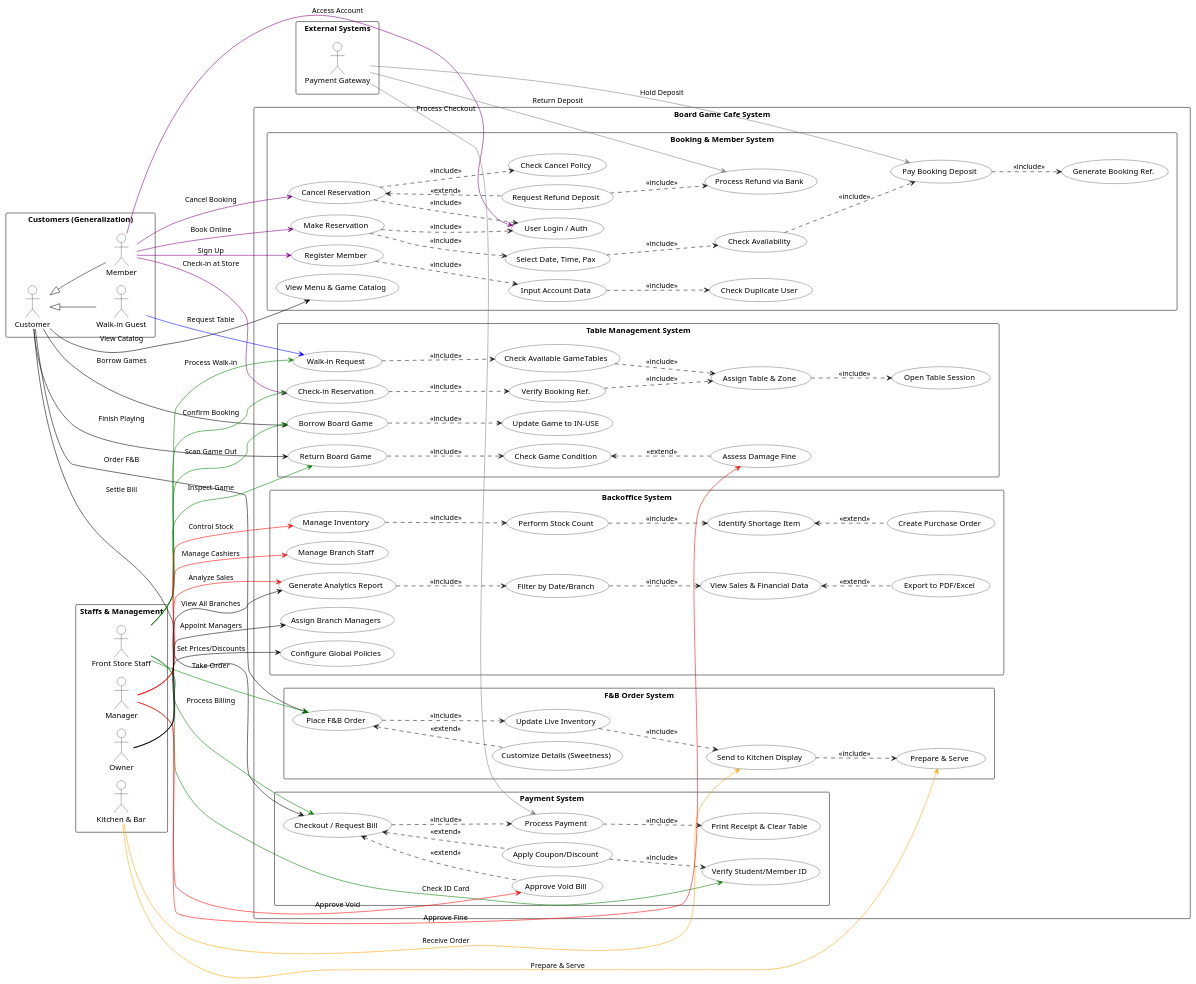
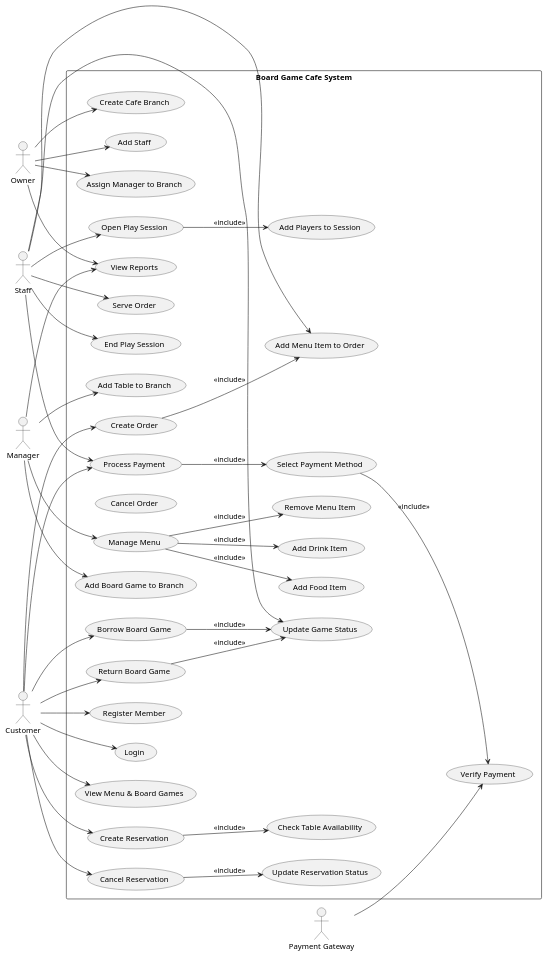
One commit to hii-nice-2-meet-u/OOP_Project changed the diagram in _UseCase_Diagram.plantuml. Above: the diagram before and after it, drawn with PlantUML. The commit also changed 1 other file, not shown here.

```diff
--- a/_UseCase_Diagram.plantuml
+++ b/_UseCase_Diagram.plantuml
@@ -1,207 +1,150 @@
 @startuml
 left to right direction
 skinparam packageStyle rectangle
-skinparam nodesep 15
-skinparam ranksep 60
 
-' Visual styling
-skinparam usecase {
-    BackgroundColor White
-    BorderColor Black
-}
-skinparam actor {
-    BackgroundColor White
-    BorderColor Black
+actor Owner
+actor Manager
+actor Staff
+actor Customer
+actor "Payment Gateway" as Bank
+
+rectangle "Board Game Cafe System" {
+
+' ===============================
+' MEMBER & AUTH
+' ===============================
+
+usecase "Register Member" as UC_Register
+usecase "Login" as UC_Login
+usecase "View Menu & Board Games" as UC_ViewCatalog
+
+Customer --> UC_Register
+Customer --> UC_Login
+Customer --> UC_ViewCatalog
+
+
+' ===============================
+' RESERVATION SYSTEM
+' ===============================
+
+usecase "Create Reservation" as UC_CreateRes
+usecase "Update Reservation Status" as UC_UpdateRes
+usecase "Cancel Reservation" as UC_CancelRes
+usecase "Check Table Availability" as UC_CheckTable
+
+Customer --> UC_CreateRes
+Customer --> UC_CancelRes
+
+UC_CreateRes --> UC_CheckTable : <<include>>
+UC_CancelRes --> UC_UpdateRes : <<include>>
+
+
+' ===============================
+' PLAY SESSION
+' ===============================
+
+usecase "Open Play Session" as UC_OpenSession
+usecase "Add Players to Session" as UC_AddPlayer
+usecase "End Play Session" as UC_EndSession
+
+Staff --> UC_OpenSession
+Staff --> UC_EndSession
+
+UC_OpenSession --> UC_AddPlayer : <<include>>
+
+
+' ===============================
+' BOARD GAME MANAGEMENT
+' ===============================
+
+usecase "Borrow Board Game" as UC_BorrowGame
+usecase "Return Board Game" as UC_ReturnGame
+usecase "Update Game Status" as UC_UpdateGame
+
+Customer --> UC_BorrowGame
+Customer --> UC_ReturnGame
+
+Staff --> UC_UpdateGame
+
+UC_BorrowGame --> UC_UpdateGame : <<include>>
+UC_ReturnGame --> UC_UpdateGame : <<include>>
+
+
+' ===============================
+' FOOD & DRINK ORDER
+' ===============================
+
+usecase "Create Order" as UC_CreateOrder
+usecase "Add Menu Item to Order" as UC_AddItem
+usecase "Cancel Order" as UC_CancelOrder
+usecase "Serve Order" as UC_ServeOrder
+
+Customer --> UC_CreateOrder
+Staff --> UC_AddItem
+Staff --> UC_ServeOrder
+
+UC_CreateOrder --> UC_AddItem : <<include>>
+
+
+' ===============================
+' PAYMENT
+' ===============================
+
+usecase "Process Payment" as UC_Payment
+usecase "Select Payment Method" as UC_SelectMethod
+usecase "Verify Payment" as UC_VerifyPay
+
+Customer --> UC_Payment
+Staff --> UC_Payment
+
+UC_Payment --> UC_SelectMethod : <<include>>
+UC_SelectMethod --> UC_VerifyPay : <<include>>
+
+Bank --> UC_VerifyPay
+
+
+' ===============================
+' MENU & INVENTORY
+' ===============================
+
+usecase "Manage Menu" as UC_ManageMenu
+usecase "Add Food Item" as UC_AddFood
+usecase "Add Drink Item" as UC_AddDrink
+usecase "Remove Menu Item" as UC_RemoveMenu
+
+Manager --> UC_ManageMenu
+
+UC_ManageMenu --> UC_AddFood : <<include>>
+UC_ManageMenu --> UC_AddDrink : <<include>>
+UC_ManageMenu --> UC_RemoveMenu : <<include>>
+
+
+' ===============================
+' BRANCH MANAGEMENT
+' ===============================
+
+usecase "Create Cafe Branch" as UC_CreateBranch
+usecase "Add Table to Branch" as UC_AddTable
+usecase "Add Board Game to Branch" as UC_AddGame
+
+Owner --> UC_CreateBranch
+Manager --> UC_AddTable
+Manager --> UC_AddGame
+
+
+' ===============================
+' STAFF MANAGEMENT
+' ===============================
+
+usecase "Add Staff" as UC_AddStaff
+usecase "Assign Manager to Branch" as UC_AssignManager
+usecase "View Reports" as UC_Report
+
+Owner --> UC_AddStaff
+Owner --> UC_AssignManager
+Owner --> UC_Report
+Manager --> UC_Report
+
 }
 
-' ==========================================
-' ACTOR BLOCKS (Left Side)
-' ==========================================
-rectangle "Staffs & Management" {
-    actor "Owner" as O
-    actor "Manager" as M
-    actor "Front Store Staff" as S
-    actor "Kitchen & Bar" as K
-}
-
-rectangle "Customers (Generalization)" {
-    actor "Customer" as C
-    actor "Walk-in Guest" as CG
-    actor "Member" as CM
-    
-    ' ลูกศรสืบทอด (Inheritance/Generalization) ตามเกณฑ์ข้อ A1
-    C <|-- CG
-    C <|-- CM
-}
-
-rectangle "External Systems" {
-    actor "Payment Gateway" as Bank
-}
-
-' ==========================================
-' SYSTEM BOUNDARIES (Right Side - FINAL)
-' ==========================================
-rectangle "Board Game Cafe System" {
-
-    rectangle "Booking & Member System" {
-        usecase "View Menu & Game Catalog" as UC_ViewMenu
-        usecase "Register Member" as UC_Reg
-        usecase "Input Account Data" as UC_InputData
-        usecase "Check Duplicate User" as UC_CheckDup
-        
-        UC_Reg ..> UC_InputData : <<include>>
-        UC_InputData ..> UC_CheckDup : <<include>>
-
-        usecase "User Login / Auth" as UC_Login
-        usecase "Make Reservation" as UC_MakeRes
-        usecase "Select Date, Time, Pax" as UC_SelectDT
-        usecase "Check Availability" as UC_CheckAvail
-        usecase "Pay Booking Deposit" as UC_PayDeposit
-        usecase "Generate Booking Ref." as UC_GenRef
-        
-        UC_MakeRes ..> UC_Login : <<include>>
-        UC_MakeRes ..> UC_SelectDT : <<include>>
-        UC_SelectDT ..> UC_CheckAvail : <<include>>
-        UC_CheckAvail ..> UC_PayDeposit : <<include>>
-        UC_PayDeposit ..> UC_GenRef : <<include>>
-
-        usecase "Cancel Reservation" as UC_CancelRes
-        usecase "Check Cancel Policy" as UC_CheckPolicy
-        usecase "Request Refund Deposit" as UC_ReqRefund
-        usecase "Process Refund via Bank" as UC_ProcessRefund
-        
-        UC_CancelRes ..> UC_Login : <<include>>
-        UC_CancelRes ..> UC_CheckPolicy : <<include>>
-        UC_CancelRes <.. UC_ReqRefund : <<extend>>
-        UC_ReqRefund ..> UC_ProcessRefund : <<include>>
-    }
-
-    rectangle "Table Management System" {
-        usecase "Walk-in Request" as UC_WalkIn
-        usecase "Check Available GameTables" as UC_CheckTable
-        usecase "Assign Table & Zone" as UC_Assign
-        usecase "Open Table Session" as UC_OpenSession
-        
-        UC_WalkIn ..> UC_CheckTable : <<include>>
-        UC_CheckTable ..> UC_Assign : <<include>>
-        UC_Assign ..> UC_OpenSession : <<include>>
-
-        usecase "Check-in Reservation" as UC_CheckInRes
-        usecase "Verify Booking Ref." as UC_VerifyRes
-        
-        UC_CheckInRes ..> UC_VerifyRes : <<include>>
-        UC_VerifyRes ..> UC_Assign : <<include>>
-
-        usecase "Borrow Board Game" as UC_Borrow
-        usecase "Update Game to IN-USE" as UC_UpdateGame
-        usecase "Return Board Game" as UC_Return
-        usecase "Check Game Condition" as UC_CheckCond
-        usecase "Assess Damage Fine" as UC_Fine
-        
-        UC_Borrow ..> UC_UpdateGame : <<include>>
-        UC_Return ..> UC_CheckCond : <<include>>
-        UC_CheckCond <.. UC_Fine : <<extend>>
-    }
-
-    rectangle "F&B Order System" {
-        usecase "Place F&B Order" as UC_Order
-        usecase "Customize Details (Sweetness)" as UC_Customize
-        usecase "Update Live Inventory" as UC_Stock
-        usecase "Send to Kitchen Display" as UC_SendKitchen
-        usecase "Prepare & Serve" as UC_Cook
-        
-        UC_Order <.. UC_Customize : <<extend>>
-        UC_Order ..> UC_Stock : <<include>>
-        UC_Stock ..> UC_SendKitchen : <<include>>
-        UC_SendKitchen ..> UC_Cook : <<include>>
-    }
-
-    rectangle "Payment System" {
-        usecase "Checkout / Request Bill" as UC_Pay
-        usecase "Apply Coupon/Discount" as UC_Discount
-        usecase "Verify Student/Member ID" as UC_VerifyID
-        usecase "Process Payment" as UC_ProcessPay
-        usecase "Print Receipt & Clear Table" as UC_Receipt
-        usecase "Approve Void Bill" as UC_Void
-        
-        UC_Pay <.. UC_Discount : <<extend>>
-        UC_Discount ..> UC_VerifyID : <<include>>
-        UC_Pay ..> UC_ProcessPay : <<include>>
-        UC_ProcessPay ..> UC_Receipt : <<include>>
-        UC_Pay <.. UC_Void : <<extend>>
-    }
-
-    rectangle "Backoffice System" {
-        usecase "Generate Analytics Report" as UC_GenReport
-        usecase "Filter by Date/Branch" as UC_Filter
-        usecase "View Sales & Financial Data" as UC_Report
-        usecase "Export to PDF/Excel" as UC_Export
-        
-        UC_GenReport ..> UC_Filter : <<include>>
-        UC_Filter ..> UC_Report : <<include>>
-        UC_Report <.. UC_Export : <<extend>>
-
-        usecase "Manage Inventory" as UC_Inv
-        usecase "Perform Stock Count" as UC_StockCount
-        usecase "Identify Shortage Item" as UC_Shortage
-        usecase "Create Purchase Order" as UC_CreatePO
-        
-        UC_Inv ..> UC_StockCount : <<include>>
-        UC_StockCount ..> UC_Shortage : <<include>>
-        UC_Shortage <.. UC_CreatePO : <<extend>>
-        
-        usecase "Manage Branch Staff" as UC_ManageStaff
-        usecase "Assign Branch Managers" as UC_AssignMgr
-        usecase "Configure Global Policies" as UC_Policy
-    }
-}
-
-' ==========================================
-' RELATIONSHIPS
-' ==========================================
-
-' --- 1. Customer (สิ่งที่ Walk-in และ Member ทำได้เหมือนกัน) ---
-C -[#black]-> UC_ViewMenu : "View Catalog"
-C -[#black]-> UC_Borrow : "Borrow Games"
-C -[#black]-> UC_Order : "Order F&B"
-C -[#black]-> UC_Return : "Finish Playing"
-C -[#black]-> UC_Pay : "Settle Bill"
-
-' --- 2. Walk-in Guest (ทำได้เฉพาะหน้าร้าน) ---
-CG -[#blue]-> UC_WalkIn : "Request Table"
-
-' --- 3. Member (ทำออนไลน์ได้) ---
-CM -[#purple]-> UC_Reg : "Sign Up"
-CM -[#purple]-> UC_Login : "Access Account"
-CM -[#purple]-> UC_MakeRes : "Book Online"
-CM -[#purple]-> UC_CancelRes : "Cancel Booking"
-CM -[#purple]-> UC_CheckInRes : "Check-in at Store"
-
-' --- Staffs ---
-S -[#green]-> UC_WalkIn : "Process Walk-in"
-S -[#green]-> UC_CheckInRes : "Confirm Booking"
-S -[#green]-> UC_Borrow : "Scan Game Out"
-S -[#green]-> UC_Order : "Take Order"
-S -[#green]-> UC_Return : "Inspect Game"
-S -[#green]-> UC_VerifyID : "Check ID Card"
-S -[#green]-> UC_Pay : "Process Billing"
-
-K -[#orange]-> UC_SendKitchen : "Receive Order"
-K -[#orange]-> UC_Cook : "Prepare & Serve"
-
-M -[#red]-> UC_Void : "Approve Void"
-M -[#red]-> UC_Fine : "Approve Fine"
-M -[#red]-> UC_GenReport : "Analyze Sales"
-M -[#red]-> UC_Inv : "Control Stock"
-M -[#red]-> UC_ManageStaff : "Manage Cashiers"
-
-O -[#black]-> UC_GenReport : "View All Branches"
-O -[#black]-> UC_Policy : "Set Prices/Discounts"
-O -[#black]-> UC_AssignMgr : "Appoint Managers"
-
-' --- External Systems ---
-Bank -[#gray]-> UC_PayDeposit : "Hold Deposit"
-Bank -[#gray]-> UC_ProcessRefund : "Return Deposit"
-Bank -[#gray]-> UC_ProcessPay : "Process Checkout"
-
 @enduml
```
